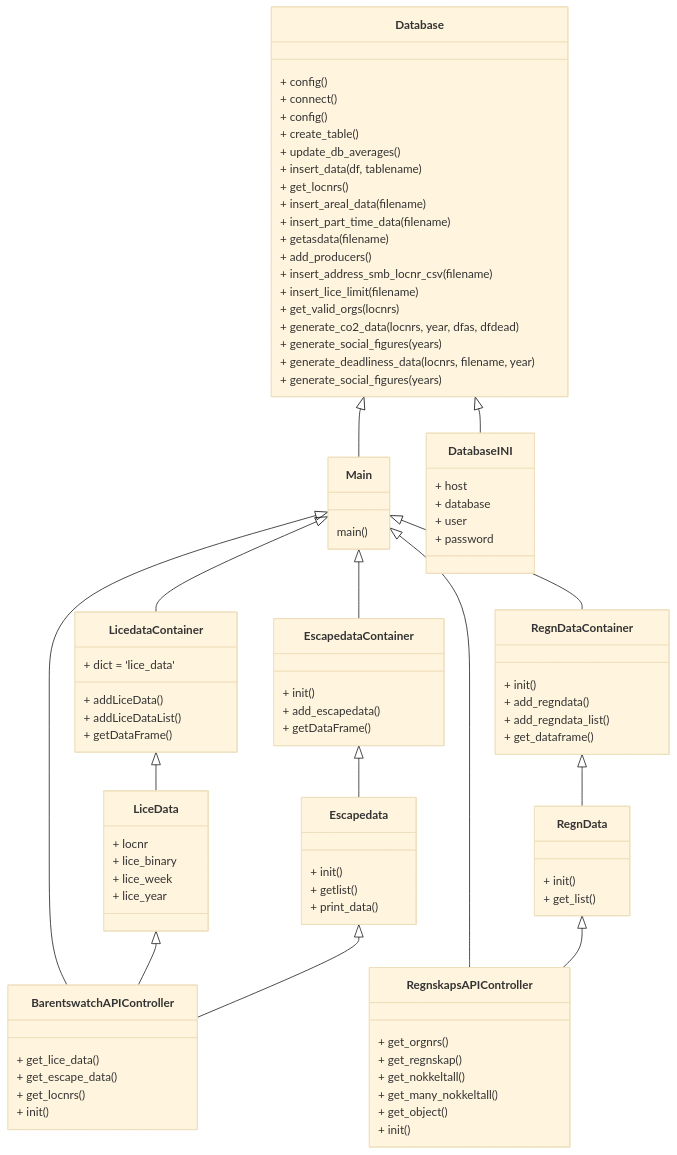
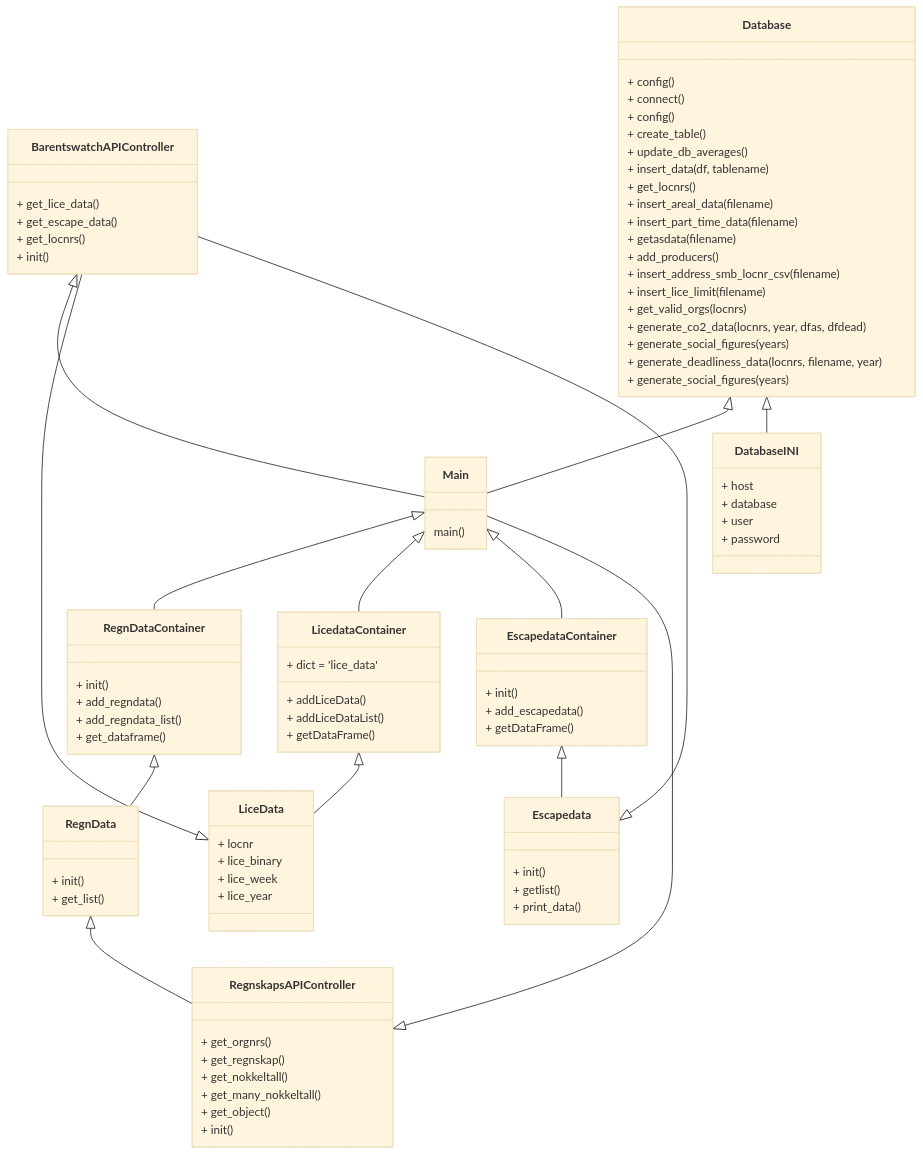
Before and after one commit to brreg/sommercamp2022: the diagram in Documentation/class_diagram.md, drawn with Mermaid (base theme).

````diff
--- a/Documentation/class_diagram.md
+++ b/Documentation/class_diagram.md
@@ -1,8 +1,8 @@
 ```mermaid
 classDiagram
 
-    Main <|-- BarentswatchAPIController
-    Main <|-- RegnskapsAPIController
+    BarentswatchAPIController <|-- Main
+    RegnskapsAPIController <|-- Main
     Main <|-- RegnDataContainer
     RegnDataContainer <|-- RegnData
     Database <|-- Main
````
